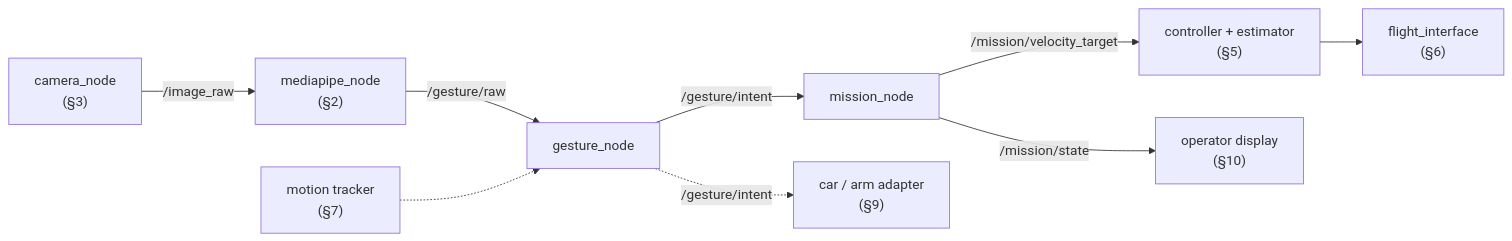
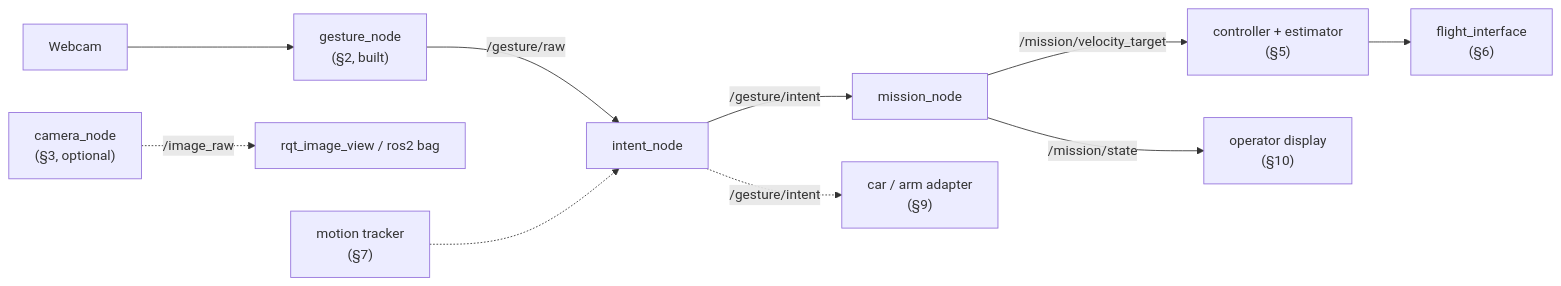
The first of 2 diagrams in docs/PraticalPlan/06 Gestures/05 Future Nodes.md (SEAME-pt/SEA-ME_Team1_ROSRangers), drawn with Mermaid before and after one commit. The commit also changed other lines of this file and 16 other files, not shown here.

````diff
--- a/docs/PraticalPlan/06 Gestures/05 Future Nodes.md
+++ b/docs/PraticalPlan/06 Gestures/05 Future Nodes.md
@@ -24,11 +24,12 @@
 ```mermaid
 flowchart LR
-  CAM["camera_node<br/>(§3)"] -->|/image_raw| MP["mediapipe_node<br/>(§2)"]
-  MP -->|/gesture/raw| GN[gesture_node]
+  W[Webcam] --> MP["gesture_node<br/>(§2, built)"]
+  CAM["camera_node<br/>(§3, optional)"] -.->|/image_raw| UI2["rqt_image_view / ros2 bag"]
+  MP -->|/gesture/raw| GN[intent_node]
   MT["motion tracker<br/>(§7)"] -.-> GN
   GN -->|/gesture/intent| MN[mission_node]
   GN -.->|/gesture/intent| AD["car / arm adapter<br/>(§9)"]
   MN -->|/mission/velocity_target| CTL["controller + estimator<br/>(§5)"]
   CTL --> FI["flight_interface<br/>(§6)"]
   MN -->|/mission/state| UI["operator display<br/>(§10)"]
 ```
````
